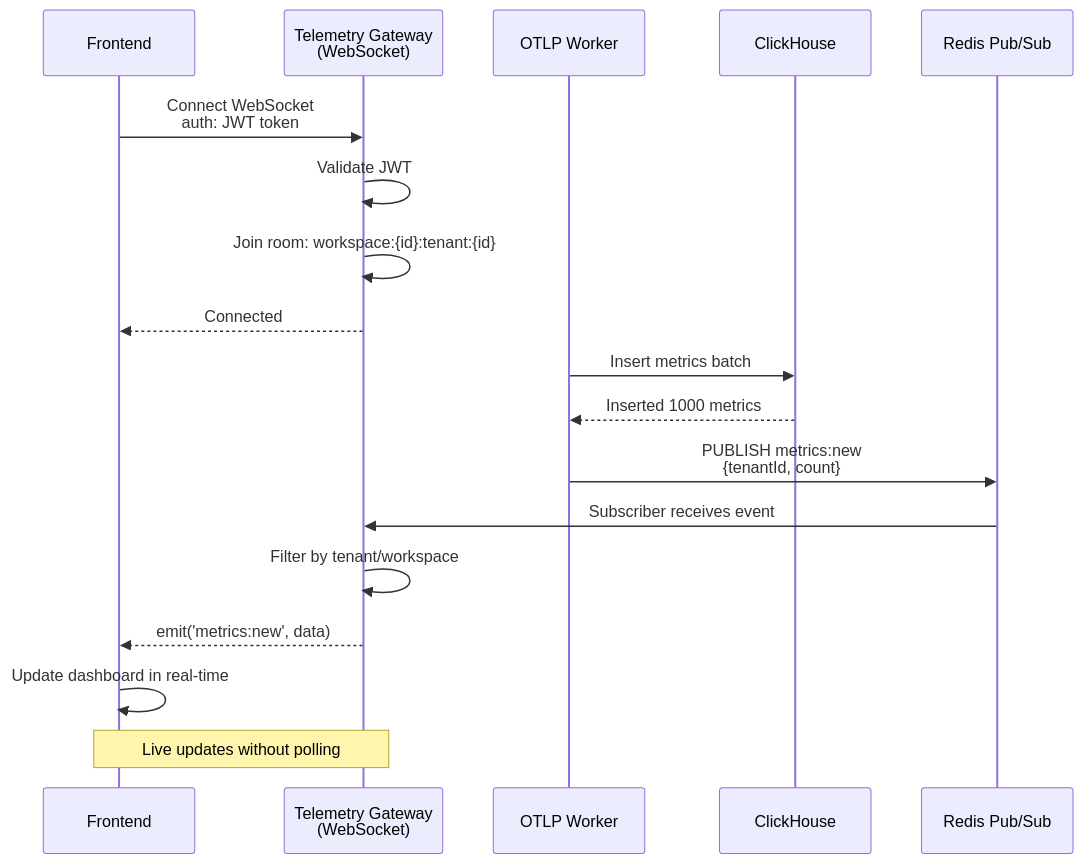
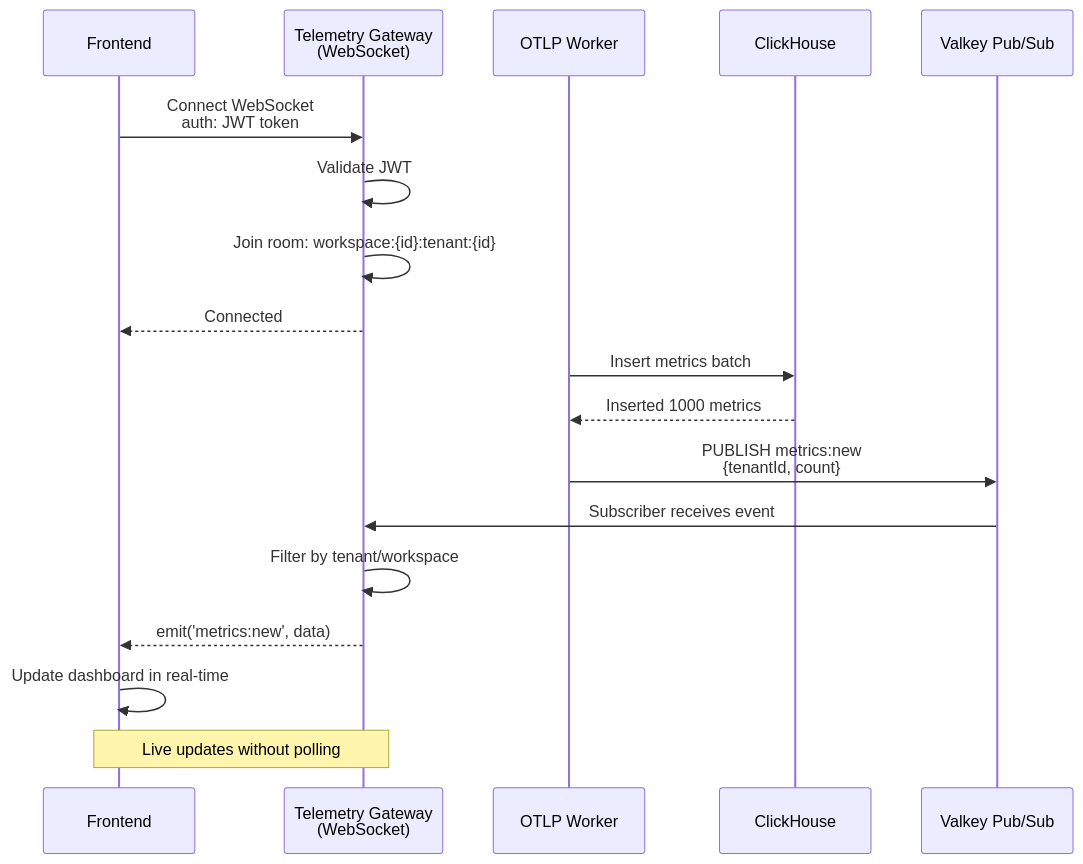
Before and after one commit to telemetryflow/telemetryflow-overview: diagram 13 of 14 in architecture/02-DATA-FLOW.md, drawn with Mermaid. The commit also changed other lines of this file and 23 other files, not shown here.

First line of the commit message:
docs: relabel Redis->Valkey in architecture/diagrams/prose (follow-up sweep)

````diff
--- a/architecture/02-DATA-FLOW.md
+++ b/architecture/02-DATA-FLOW.md
@@ -711,23 +711,23 @@
 ```mermaid
 sequenceDiagram
     participant Browser as Frontend
     participant Gateway as Telemetry Gateway<br/>(WebSocket)
     participant Worker as OTLP Worker
     participant CH as ClickHouse
-    participant Cache as Redis Pub/Sub
+    participant Cache as Valkey Pub/Sub
 
     Browser->>Gateway: Connect WebSocket<br/>auth: JWT token
     Gateway->>Gateway: Validate JWT
     Gateway->>Gateway: Join room: workspace:{id}:tenant:{id}
     Gateway-->>Browser: Connected
 
     Worker->>CH: Insert metrics batch
     CH-->>Worker: Inserted 1000 metrics
     Worker->>Cache: PUBLISH metrics:new<br/>{tenantId, count}
     Cache->>Gateway: Subscriber receives event
     Gateway->>Gateway: Filter by tenant/workspace
     Gateway-->>Browser: emit('metrics:new', data)
     Browser->>Browser: Update dashboard in real-time
 
     Note over Browser,Gateway: Live updates without polling
 ```
````
